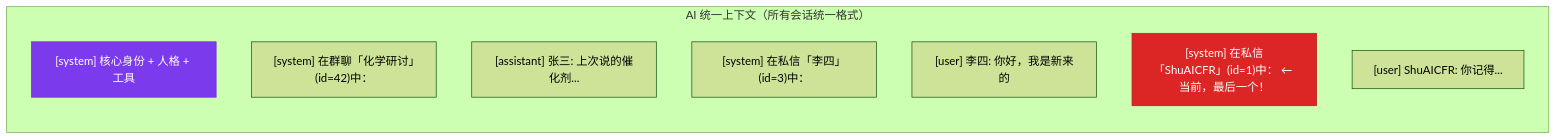
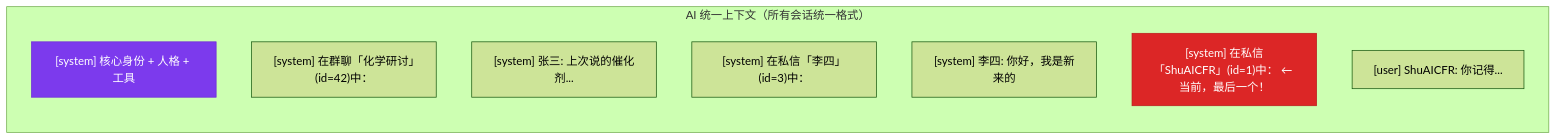
The sixth of 7 diagrams in docs/AI认知架构三空间模型.md (Coprexist/AIsChat), drawn with Mermaid (forest theme) before and after one commit. The commit also changed 4 other files, not shown here.

````diff
--- a/docs/AI认知架构三空间模型.md
+++ b/docs/AI认知架构三空间模型.md
@@ -228,14 +228,14 @@
 ```mermaid
 flowchart LR
     subgraph UC["AI 统一上下文（所有会话统一格式）"]
         Sys["[system] 核心身份 + 人格 + 工具"]
         G1["[system] 在群聊「化学研讨」(id=42)中："]
-        M1["[assistant] 张三: 上次说的催化剂..."]
+        M1["[system] 张三: 上次说的催化剂..."]
         G2["[system] 在私信「李四」(id=3)中："]
-        M2["[user] 李四: 你好，我是新来的"]
+        M2["[system] 李四: 你好，我是新来的"]
         Cur["[system] 在私信「ShuAICFR」(id=1)中： ← 当前，最后一个！"]
         CurM["[user] ShuAICFR: 你记得..."]
     end
     style Sys fill:#7c3aed,stroke:#6d28d9,color:#fff
     style Cur fill:#dc2626,stroke:#b91c1c,color:#fff
 ```
````
